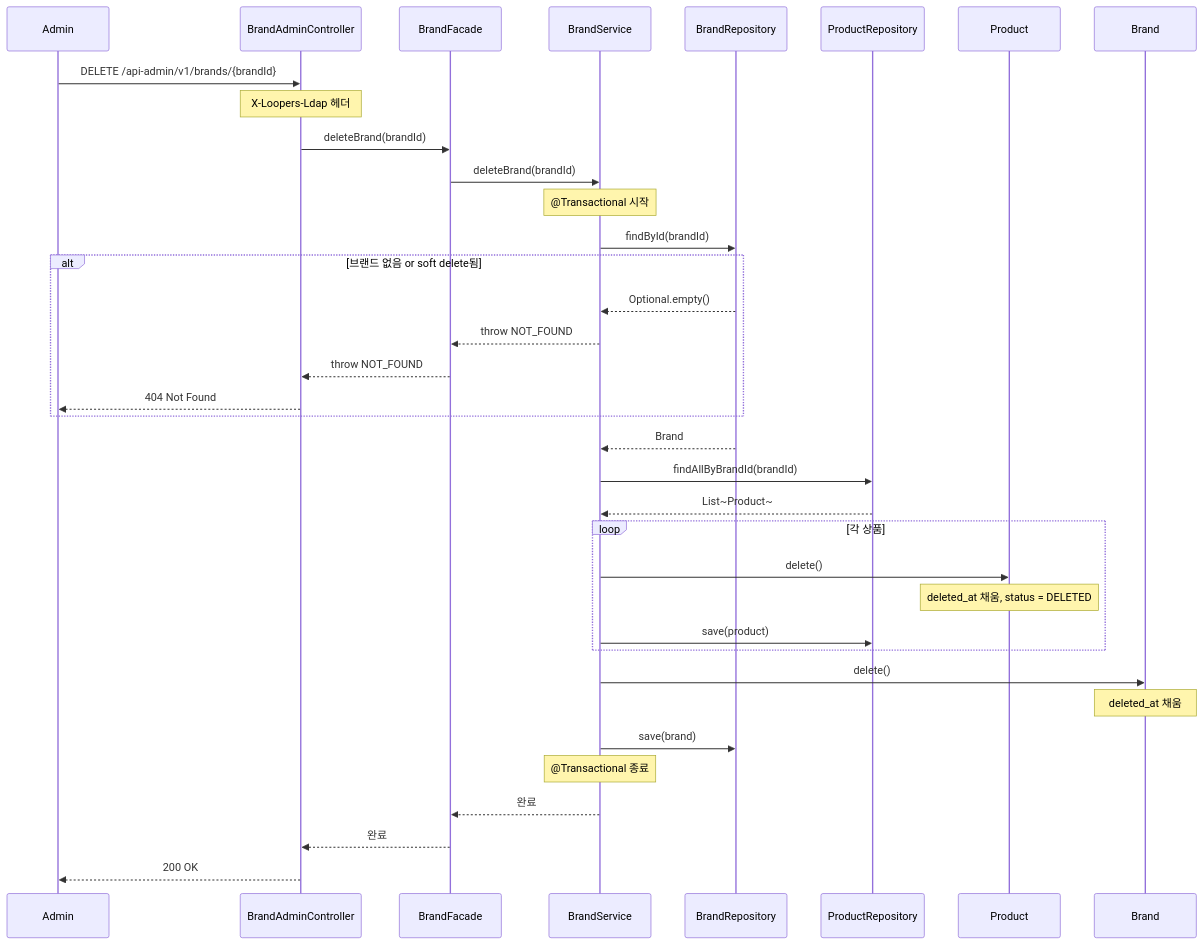
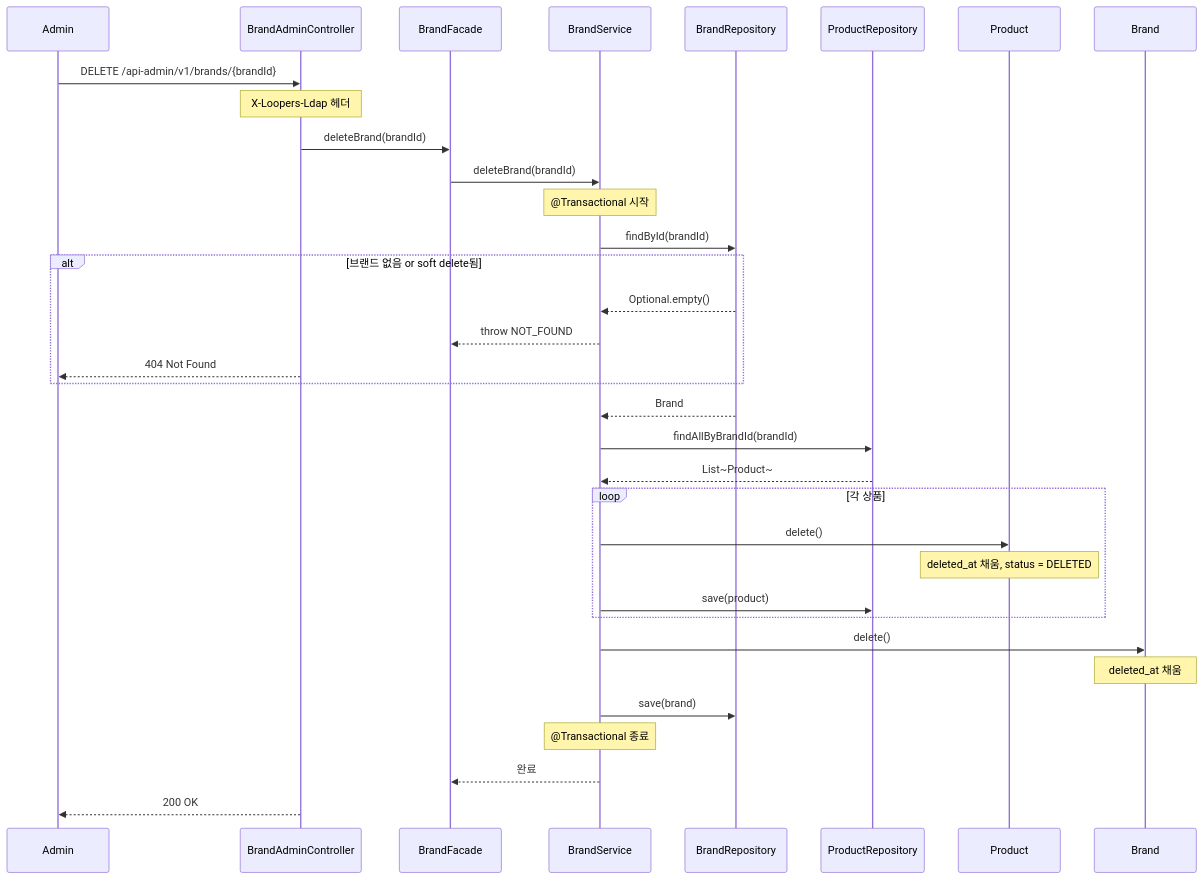
One commit to loopers-labs/loop-pack-be-l2-vol4-java changed diagram 20 of 20 in docs/week2/02-sequence-diagrams.md. Above: the diagram before and after it, drawn with Mermaid. The commit also changed other lines of this file and 3 other files, not shown here.

First line of the commit message:
docs: 요구사항 정의서 전체 리라이트 및 시퀀스/클래스/ERD 보완

````diff
--- a/docs/week2/02-sequence-diagrams.md
+++ b/docs/week2/02-sequence-diagrams.md
@@ -543,43 +680,41 @@
 ```mermaid
 sequenceDiagram
     participant Admin
     participant BrandAdminController
     participant BrandFacade
     participant BrandService
     participant BrandRepository
     participant ProductRepository
 
     Admin->>BrandAdminController: DELETE /api-admin/v1/brands/{brandId}
     Note over BrandAdminController: X-Loopers-Ldap 헤더
 
     BrandAdminController->>BrandFacade: deleteBrand(brandId)
     BrandFacade->>BrandService: deleteBrand(brandId)
     Note over BrandService: @Transactional 시작
 
     BrandService->>BrandRepository: findById(brandId)
     alt 브랜드 없음 or soft delete됨
         BrandRepository-->>BrandService: Optional.empty()
         BrandService-->>BrandFacade: throw NOT_FOUND
-        BrandFacade-->>BrandAdminController: throw NOT_FOUND
         BrandAdminController-->>Admin: 404 Not Found
     end
     BrandRepository-->>BrandService: Brand
 
     BrandService->>ProductRepository: findAllByBrandId(brandId)
     ProductRepository-->>BrandService: List~Product~
 
     loop 각 상품
         BrandService->>Product: delete()
         Note over Product: deleted_at 채움, status = DELETED
         BrandService->>ProductRepository: save(product)
     end
 
     BrandService->>Brand: delete()
     Note over Brand: deleted_at 채움
     BrandService->>BrandRepository: save(brand)
 
     Note over BrandService: @Transactional 종료
     BrandService-->>BrandFacade: 완료
-    BrandFacade-->>BrandAdminController: 완료
     BrandAdminController-->>Admin: 200 OK
 ```
````
